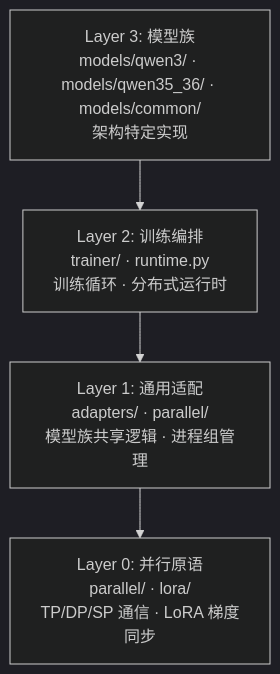
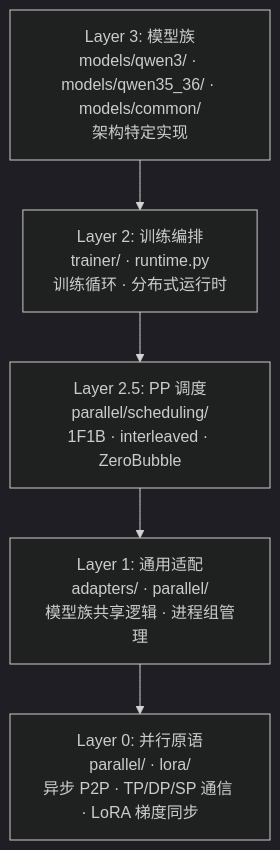
One commit to godthrone/graspo changed the second of 2 diagrams in docs/flow.md. Above: the diagram before and after it, drawn with Mermaid (dark theme). The commit also changed other lines of this file and 9 other files, not shown here.

First line of the commit message:
feat(flow): add async P2P PP pipeline facility + pluggable scheduler

````diff
--- a/docs/flow.md
+++ b/docs/flow.md
@@ -117,8 +205,9 @@
 ```mermaid
 flowchart TB
     L3["Layer 3: 模型族<br/>models/qwen3/ · models/qwen35_36/ · models/common/<br/>架构特定实现"]
     L2["Layer 2: 训练编排<br/>trainer/ · runtime.py<br/>训练循环 · 分布式运行时"]
+    L2b["Layer 2.5: PP 调度<br/>parallel/scheduling/<br/>1F1B · interleaved · ZeroBubble"]
     L1["Layer 1: 通用适配<br/>adapters/ · parallel/<br/>模型族共享逻辑 · 进程组管理"]
-    L0["Layer 0: 并行原语<br/>parallel/ · lora/<br/>TP/DP/SP 通信 · LoRA 梯度同步"]
-    L3 --> L2 --> L1 --> L0
+    L0["Layer 0: 并行原语<br/>parallel/ · lora/<br/>异步 P2P · TP/DP/SP 通信 · LoRA 梯度同步"]
+    L3 --> L2 --> L2b --> L1 --> L0
 ```
````
